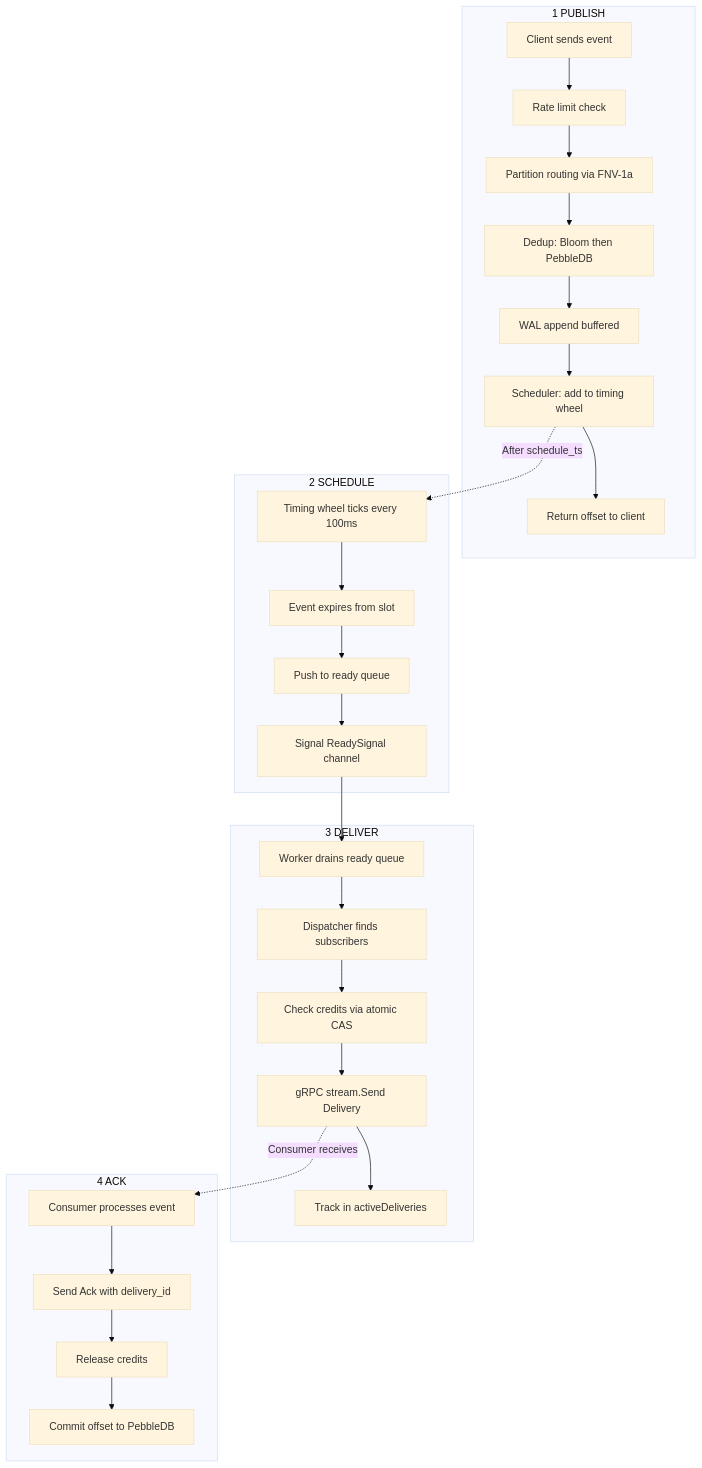
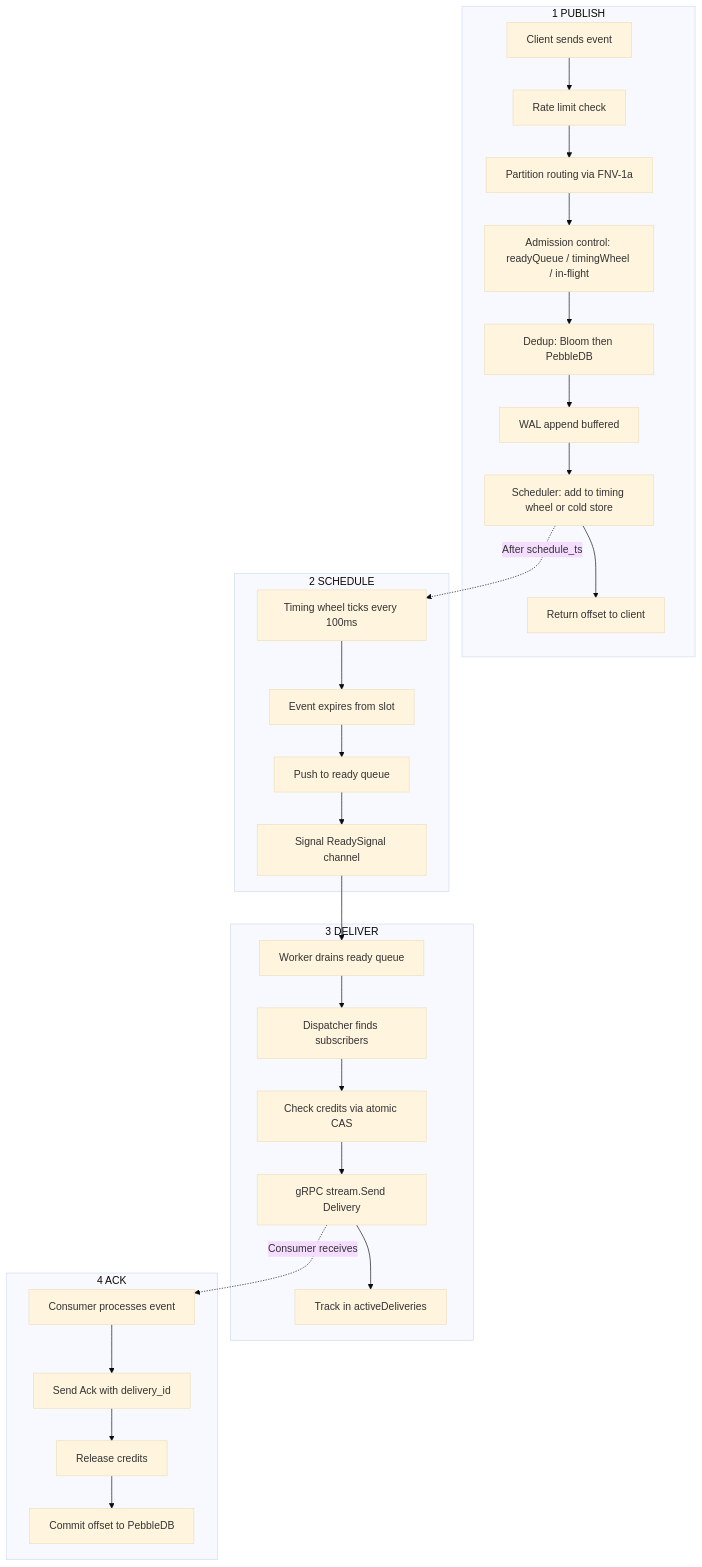
Before and after one commit to jatin711-debug/cronos_db_golang: diagram 40 of 43 in ARCHITECTURE.md, drawn with Mermaid (base theme). The commit also changed other lines of this file and 24 other files, not shown here.

````diff
--- a/ARCHITECTURE.md
+++ b/ARCHITECTURE.md
@@ -1030,41 +1171,42 @@
 ```mermaid
 flowchart TD
     subgraph 1 PUBLISH
         P1[Client sends event]
         P2[Rate limit check]
         P3[Partition routing via FNV-1a]
+        P3a[Admission control: readyQueue / timingWheel / in-flight]
         P4[Dedup: Bloom then PebbleDB]
         P5[WAL append buffered]
-        P6[Scheduler: add to timing wheel]
+        P6[Scheduler: add to timing wheel or cold store]
         P7[Return offset to client]
     end
 
     subgraph 2 SCHEDULE
         S1[Timing wheel ticks every 100ms]
         S2[Event expires from slot]
         S3[Push to ready queue]
         S4[Signal ReadySignal channel]
     end
 
     subgraph 3 DELIVER
         D1[Worker drains ready queue]
         D2[Dispatcher finds subscribers]
         D3[Check credits via atomic CAS]
         D4[gRPC stream.Send Delivery]
         D5[Track in activeDeliveries]
     end
 
     subgraph 4 ACK
         A1[Consumer processes event]
         A2[Send Ack with delivery_id]
         A3[Release credits]
         A4[Commit offset to PebbleDB]
     end
 
-    P1 --> P2 --> P3 --> P4 --> P5 --> P6 --> P7
+    P1 --> P2 --> P3 --> P3a --> P4 --> P5 --> P6 --> P7
     P6 -.->|After schedule_ts| S1
     S1 --> S2 --> S3 --> S4
     S4 --> D1 --> D2 --> D3 --> D4 --> D5
     D4 -.->|Consumer receives| A1
     A1 --> A2 --> A3 --> A4
 ```
````
